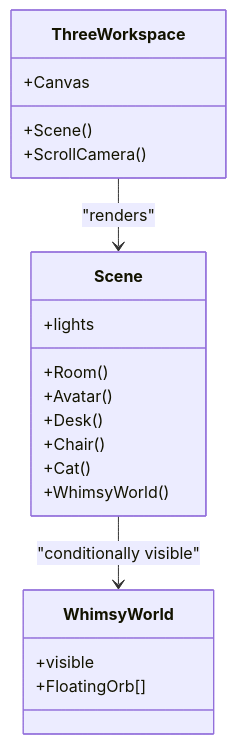
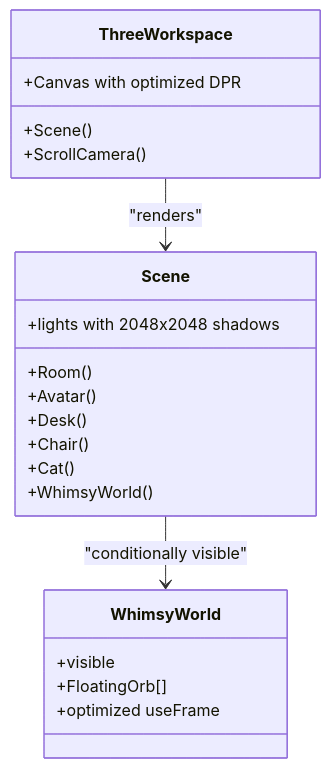
One commit to emaanfatima312005-wq/emaan-portfolio changed the fifth of 6 diagrams in .qoder/repowiki/en/content/Performance Optimization.md. Above: the diagram before and after it, drawn with Mermaid. The commit also changed other lines of this file and 59 other files, not shown here.

````diff
--- a/.qoder/repowiki/en/content/Performance Optimization.md
+++ b/.qoder/repowiki/en/content/Performance Optimization.md
@@ -181,23 +199,24 @@
 ```mermaid
 classDiagram
 class ThreeWorkspace {
-+Canvas
++Canvas with optimized DPR
 +Scene()
 +ScrollCamera()
 }
 class Scene {
-+lights
++lights with 2048x2048 shadows
 +Room()
 +Avatar()
 +Desk()
 +Chair()
 +Cat()
 +WhimsyWorld()
 }
 class WhimsyWorld {
 +visible
 +FloatingOrb[]
++optimized useFrame
 }
 ThreeWorkspace --> Scene : "renders"
 Scene --> WhimsyWorld : "conditionally visible"
 ```
````
